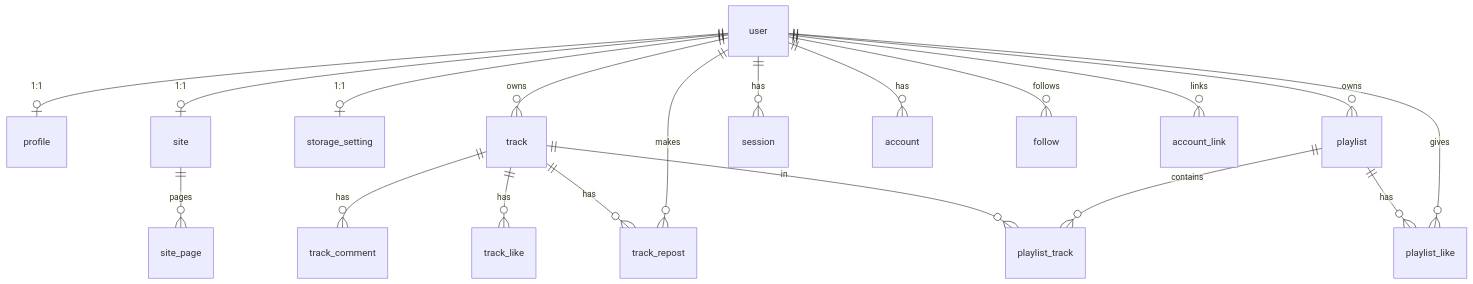
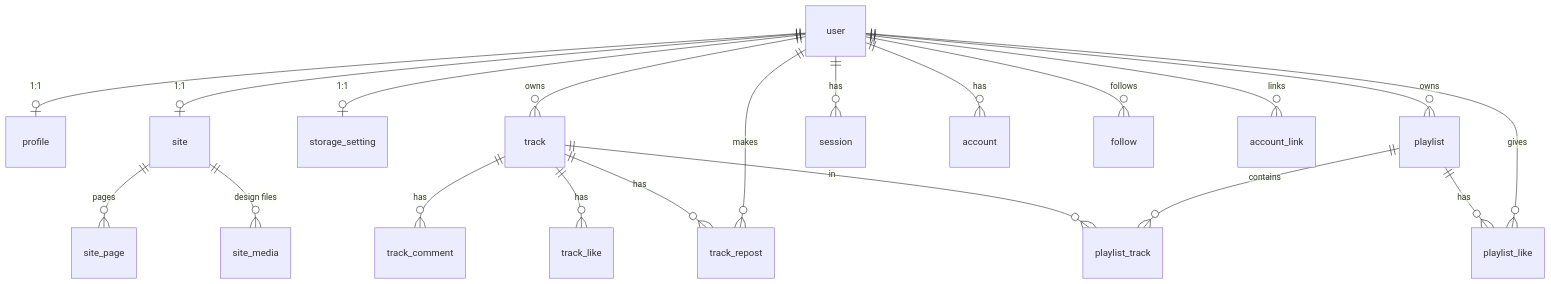
One commit to spreadsheetsusa/sndbnk changed the diagram in docs/data-model.md. Above: the diagram before and after it, drawn with Mermaid. The commit also changed other lines of this file and 51 other files, not shown here.

First line of the commit message:
feat: add a site media library to the builder

````diff
--- a/docs/data-model.md
+++ b/docs/data-model.md
@@ -263,21 +285,22 @@
 ```mermaid
 erDiagram
   user ||--o| profile : "1:1"
   user ||--o| site : "1:1"
   site ||--o{ site_page : "pages"
+  site ||--o{ site_media : "design files"
   user ||--o| storage_setting : "1:1"
   user ||--o{ track : owns
   user ||--o{ playlist : owns
   user ||--o{ session : has
   user ||--o{ account : has
   track ||--o{ track_comment : has
   track ||--o{ track_like : has
   track ||--o{ track_repost : has
   track ||--o{ playlist_track : in
   playlist ||--o{ playlist_track : contains
   playlist ||--o{ playlist_like : has
   user ||--o{ track_repost : makes
   user ||--o{ playlist_like : gives
   user ||--o{ follow : follows
   user ||--o{ account_link : links
 ```
````
